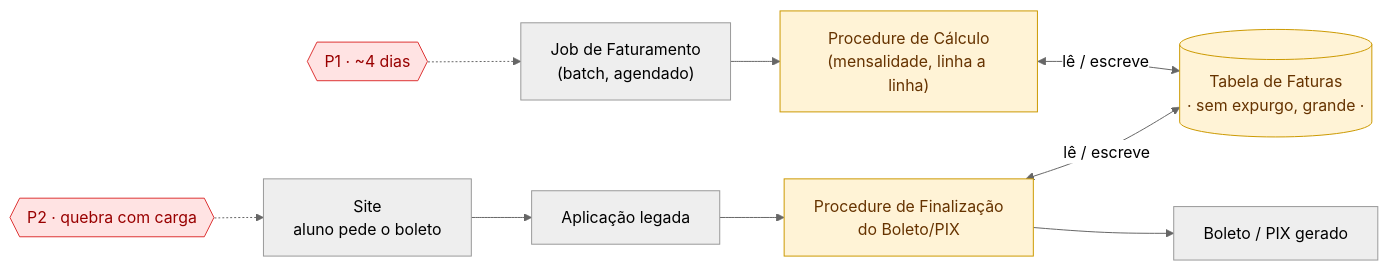
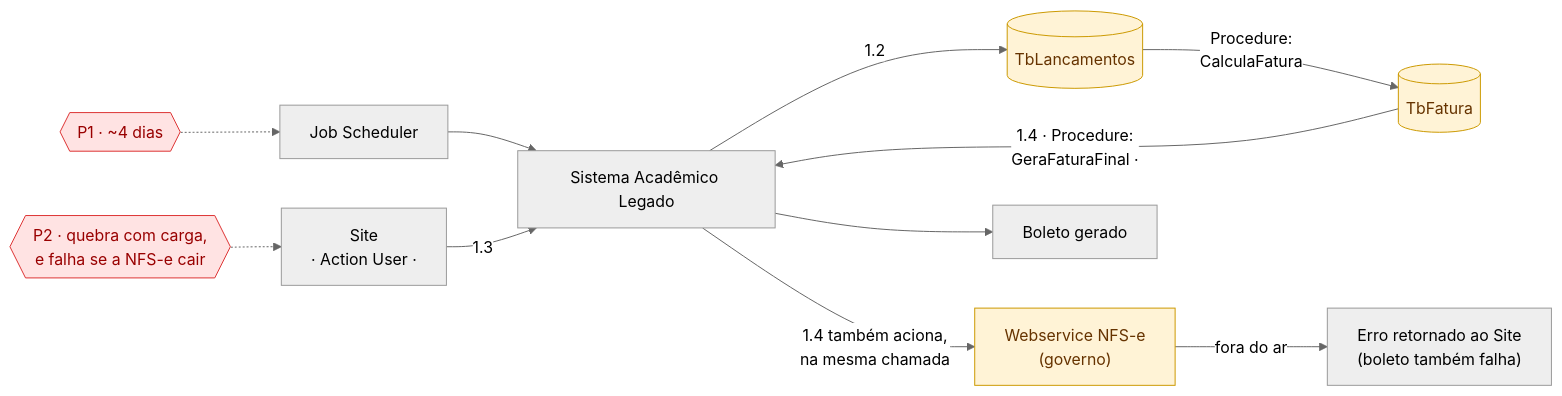
Before and after one commit to lealnetosena/colegio-leal: the diagram in diagramas/01-arquitetura-atual.md, drawn with Mermaid (neutral theme). The commit also changed other lines of this file, not shown here.

First line of the commit message:
docs: nomes reais (TbLancamentos, TbFatura, CalculaFatura, GeraFaturaFinal), escopo boleto, NFS-e na mesma chamada

````diff
--- a/diagramas/01-arquitetura-atual.md
+++ b/diagramas/01-arquitetura-atual.md
@@ -9,18 +8,21 @@
 ```mermaid
 flowchart LR
-    JOB["Job de Faturamento<br/>(batch, agendado)"] --> PCALC["Procedure de Cálculo<br/>(mensalidade, linha a linha)"]
-    SITE["Site<br/>aluno pede o boleto"] --> APP["Aplicação legada"] --> PFIN["Procedure de Finalização<br/>do Boleto/PIX"]
-    PCALC <-->|"lê / escreve"| TAB[("Tabela de Faturas<br/>· sem expurgo, grande ·")]
-    PFIN <-->|"lê / escreve"| TAB
-    PFIN --> DOC["Boleto / PIX gerado"]
+    JOB["Job Scheduler"] --> LEG["Sistema Acadêmico Legado"]
+    SITE["Site<br/>· Action User ·"] -->|"1.3"| LEG
+    LEG -->|"1.2"| TBL[("TbLancamentos")]
+    TBL -->|"Procedure:<br/>CalculaFatura"| TBF[("TbFatura")]
+    TBF -->|"1.4 · Procedure:<br/>GeraFaturaFinal ·"| LEG
+    LEG -->|"1.4 também aciona,<br/>na mesma chamada"| NFE["Webservice NFS-e<br/>(governo)"]
+    NFE -->|"fora do ar"| ERRO["Erro retornado ao Site<br/>(boleto também falha)"]
+    LEG --> BOL["Boleto gerado"]
 
     P1{{"P1 · ~4 dias"}}
-    P2{{"P2 · quebra com carga"}}
+    P2{{"P2 · quebra com carga,<br/>e falha se a NFS-e cair"}}
     P1 -.-> JOB
     P2 -.-> SITE
 
     classDef prob fill:#ffe3e3,stroke:#d33,color:#900
     class P1,P2 prob
     classDef bad fill:#fff3d6,stroke:#c90,color:#630
-    class PCALC,PFIN,TAB bad
+    class TBL,TBF,NFE bad
 ```
````
